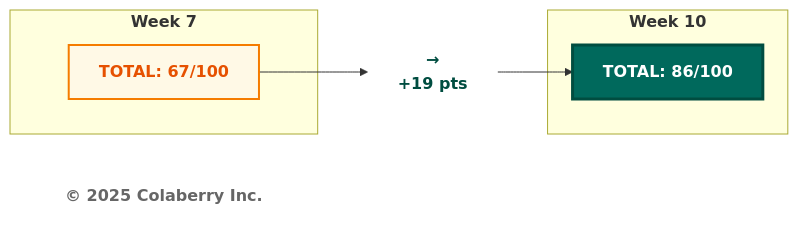
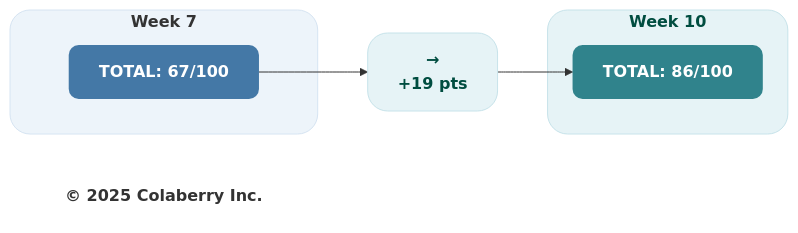
One commit to saitejesh-cyber/trust-before-intelligence-book changed the diagram in mermaid-source/figure-6-12.mmd. Above: the diagram before and after it, drawn with Mermaid. The commit also changed 219 other files, not shown here.

Commit message:
Reapply PR #5 palette and regenerate smooth-edge figure PNGs

```diff
--- a/mermaid-source/figure-6-12.mmd
+++ b/mermaid-source/figure-6-12.mmd
@@ -1,19 +1,21 @@
 graph LR
-    subgraph "<b>Week 7</b>"
+    subgraph WEEK7["<b>Week 7</b>"]
         W7["<b>TOTAL: 67/100</b>"]
     end
     
     Arrow["<b>→</b><br/><b>+19 pts</b>"]
     
-    subgraph "<b>Week 10</b>"
+    subgraph WEEK10["<b>Week 10</b>"]
         W10["<b>TOTAL: 86/100</b>"]
     end
     
     Copyright["<b>© 2025 Colaberry Inc.</b>"]
     
     W7 --> Arrow --> W10
     
-    style W7 fill:#fff9e6,stroke:#f57c00,stroke-width:2px,color:#e65100
-    style Arrow fill:#ffffff,stroke:none,color:#004d40
-    style W10 fill:#00695c,color:#ffffff,stroke:#004d40,stroke-width:3px
-    style Copyright fill:#ffffff,stroke:none,color:#666666
+    style W7 fill:#4478A6,stroke:none,color:#ffffff,rx:10,ry:10
+    style Arrow fill:#e6f3f6,stroke:#c7e3ea,stroke-width:1px,color:#004d40,rx:20,ry:20
+    style W10 fill:#30838C,stroke:none,color:#ffffff,rx:10,ry:10
+    style WEEK7 fill:#edf4fa,stroke:#d6e4f2,stroke-width:1px,color:#333333,rx:20,ry:20
+    style WEEK10 fill:#e6f3f6,stroke:#c7e3ea,stroke-width:1px,color:#004d40,rx:20,ry:20
+    style Copyright fill:none,stroke:none,color:#333333
```
